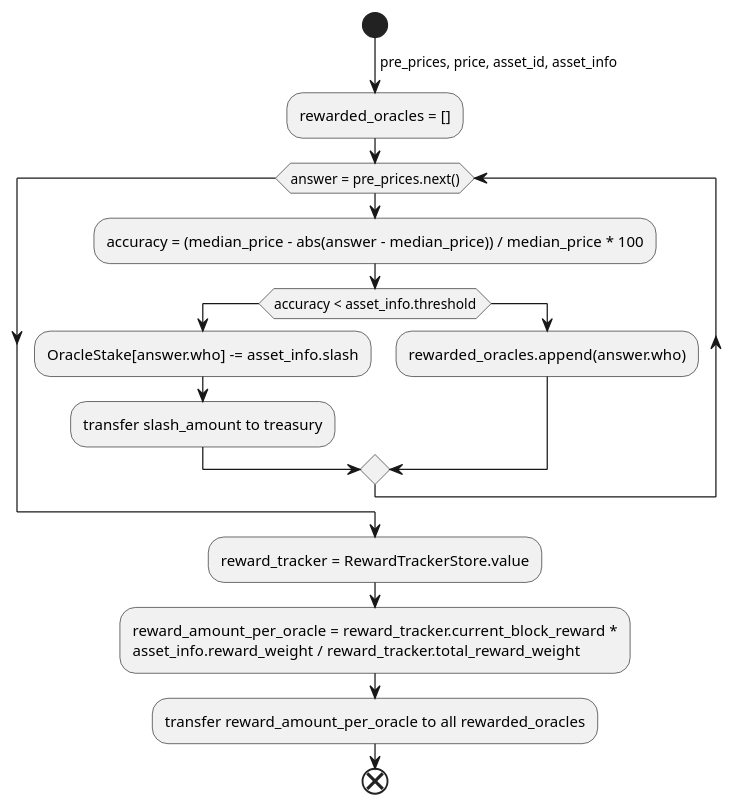
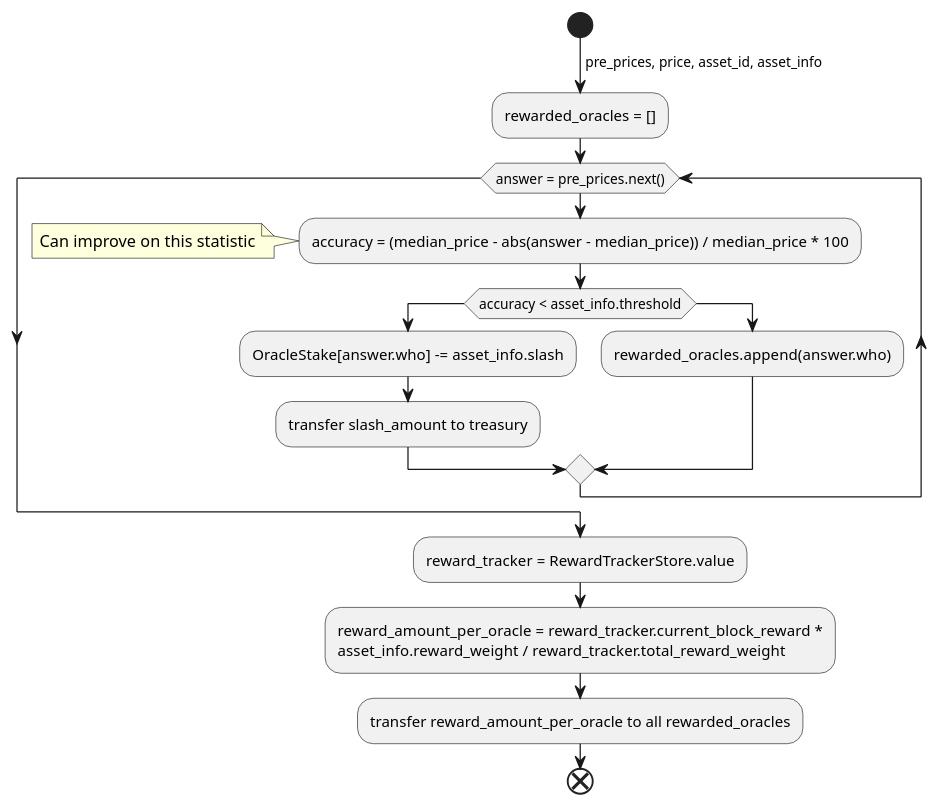
One commit to ComposableFi/composable changed diagram 14 of 14 in frame/oracle/design/design.adoc. Above: the diagram before and after it, drawn with PlantUML. The commit also changed other lines of this file, not shown here.

```diff
--- a/frame/oracle/design/design.adoc
+++ b/frame/oracle/design/design.adoc
@@ -563,20 +603,21 @@
 [plantuml,images/update-price-2-handle-payout,png]
 ----
 start
 ->pre_prices, price, asset_id, asset_info;
 :rewarded_oracles = [];
 while(answer = pre_prices.next())
     :accuracy = (median_price - abs(answer - median_price)) / median_price * 100;
+    note left: Can improve on this statistic
     if (accuracy < asset_info.threshold) then
         :OracleStake[answer.who] -= asset_info.slash;
         :transfer slash_amount to treasury;
     else
         :rewarded_oracles.append(answer.who);
     endif
 endwhile
 :reward_tracker = RewardTrackerStore.value;
 :reward_amount_per_oracle = reward_tracker.current_block_reward *
 asset_info.reward_weight / reward_tracker.total_reward_weight;
 :transfer reward_amount_per_oracle to all rewarded_oracles;
 end
 ----
```
